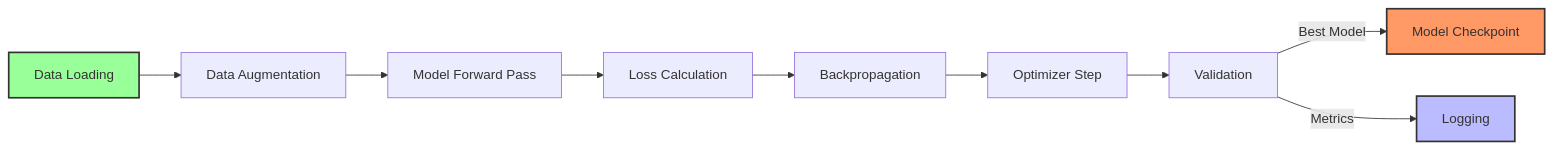
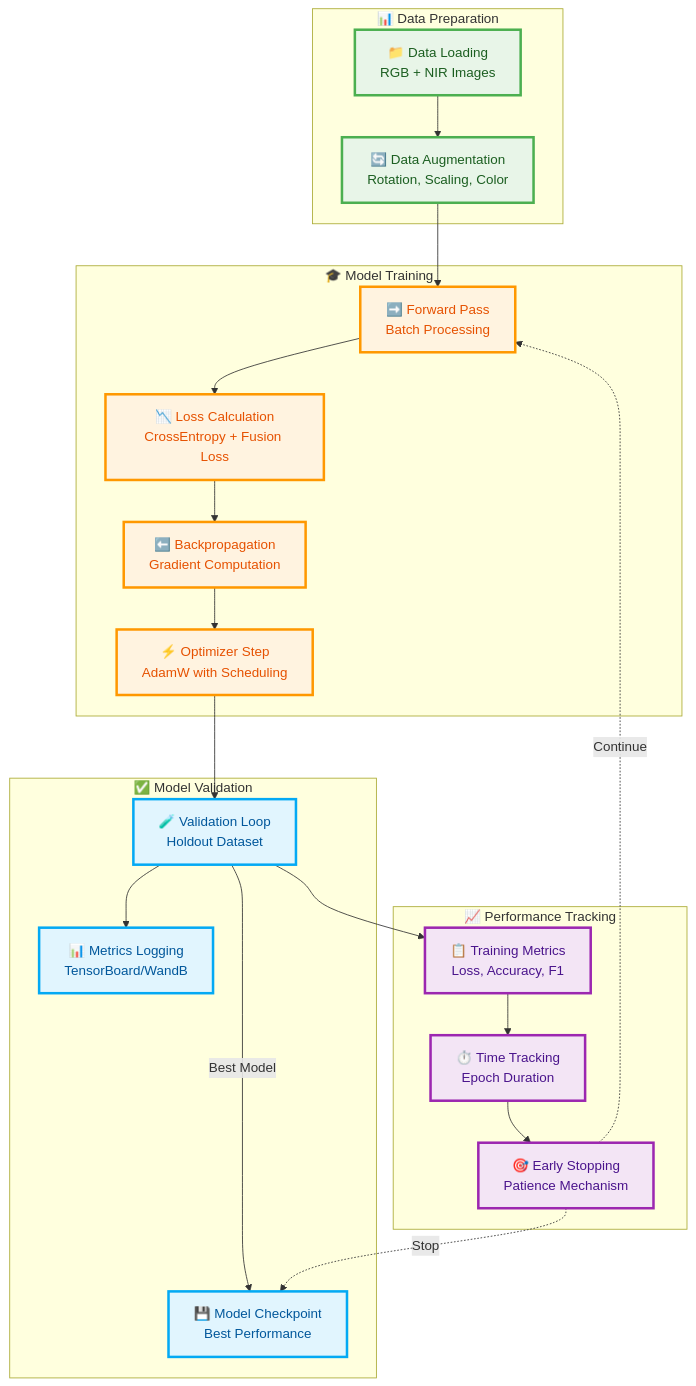
The fourth of 14 diagrams in docs/ARCHITECTURE.md (VIKAS9793/Krishisahayak-2.0), drawn with Mermaid before and after one commit. The commit also changed other lines of this file and 1 other file, not shown here.

First line of the commit message:
docs: Add comprehensive ARCHITECTURE.md and MODEL_CARD.md

````diff
--- a/docs/ARCHITECTURE.md
+++ b/docs/ARCHITECTURE.md
@@ -119,15 +192,50 @@
 ```mermaid
-flowchart LR
-    A[Data Loading] --> B[Data Augmentation]
-    B --> C[Model Forward Pass]
-    C --> D[Loss Calculation]
-    D --> E[Backpropagation]
-    E --> F[Optimizer Step]
-    F --> G[Validation]
-    G -->|Best Model| H[Model Checkpoint]
-    G -->|Metrics| I[Logging]
+flowchart TD
+    subgraph DataPrep [" 📊 Data Preparation "]
+        A[📁 Data Loading<br/>RGB + NIR Images]
+        B[🔄 Data Augmentation<br/>Rotation, Scaling, Color]
+    end
     
-    style A fill:#9f9,stroke:#333,stroke-width:2px
-    style H fill:#f96,stroke:#333,stroke-width:2px
-    style I fill:#bbf,stroke:#333,stroke-width:2px
+    subgraph Training [" 🎓 Model Training "]
+        C[➡️ Forward Pass<br/>Batch Processing]
+        D[📉 Loss Calculation<br/>CrossEntropy + Fusion Loss]
+        E[⬅️ Backpropagation<br/>Gradient Computation]
+        F[⚡ Optimizer Step<br/>AdamW with Scheduling]
+    end
+    
+    subgraph Validation [" ✅ Model Validation "]
+        G[🧪 Validation Loop<br/>Holdout Dataset]
+        H[💾 Model Checkpoint<br/>Best Performance]
+        I[📊 Metrics Logging<br/>TensorBoard/WandB]
+    end
+    
+    subgraph Monitoring [" 📈 Performance Tracking "]
+        J[📋 Training Metrics<br/>Loss, Accuracy, F1]
+        K[⏱️ Time Tracking<br/>Epoch Duration]
+        L[🎯 Early Stopping<br/>Patience Mechanism]
+    end
+    
+    A --> B
+    B --> C
+    C --> D
+    D --> E
+    E --> F
+    F --> G
+    G -->|Best Model| H
+    G --> I
+    G --> J
+    J --> K
+    K --> L
+    L -.->|Continue| C
+    L -.->|Stop| H
+    
+    classDef dataStyle fill:#e8f5e8,stroke:#4caf50,stroke-width:3px,color:#1b5e20
+    classDef trainStyle fill:#fff3e0,stroke:#ff9800,stroke-width:3px,color:#e65100
+    classDef validStyle fill:#e1f5fe,stroke:#03a9f4,stroke-width:3px,color:#01579b
+    classDef monitorStyle fill:#f3e5f5,stroke:#9c27b0,stroke-width:3px,color:#4a148c
+    
+    class A,B dataStyle
+    class C,D,E,F trainStyle
+    class G,H,I validStyle
+    class J,K,L monitorStyle
 ```
````
